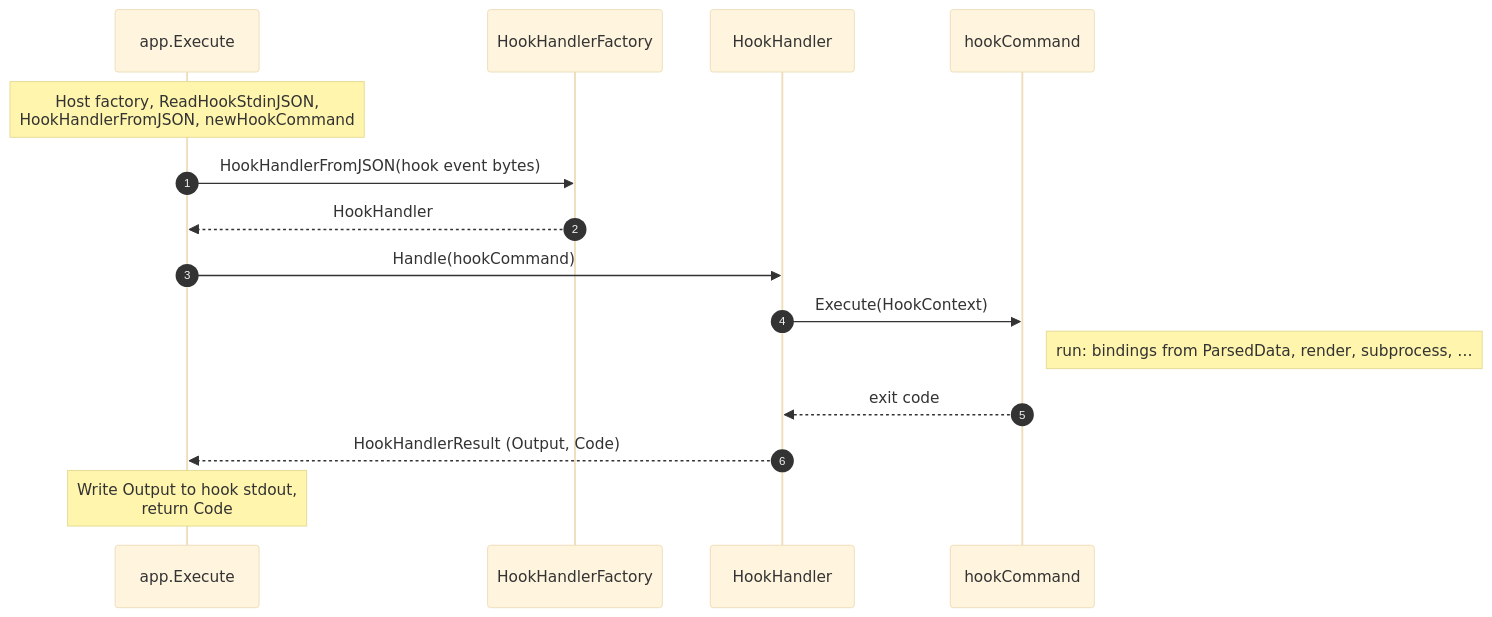
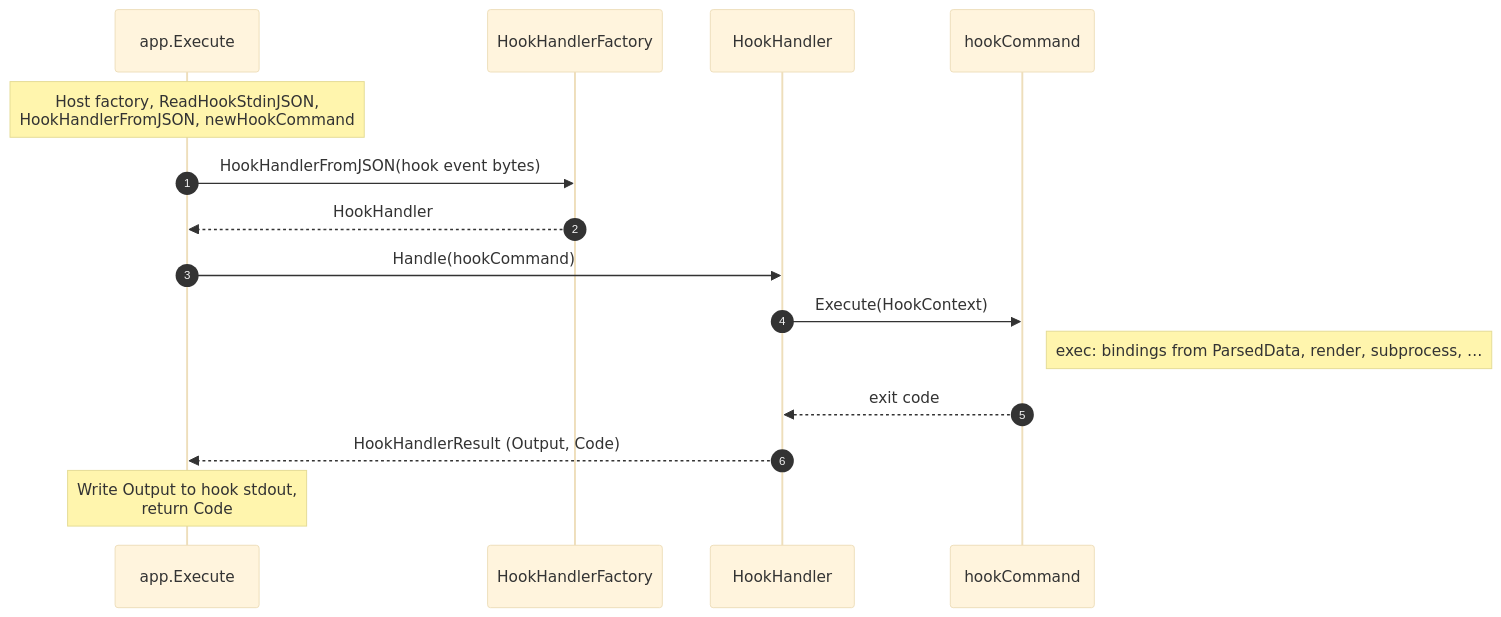
Before and after one commit to sviatsviatsviat/wat: the first of 3 diagrams in README.md, drawn with Mermaid (base theme). The commit also changed other lines of this file and 31 other files, not shown here.

First line of the commit message:
Rename wat subcommand run to exec; move internal/run to execcommand

````diff
--- a/README.md
+++ b/README.md
@@ -208,18 +208,18 @@
 ```mermaid
 sequenceDiagram
   autonumber
   participant A as app.Execute
   participant F as HookHandlerFactory
   participant H as HookHandler
   participant C as hookCommand
 
   Note over A: Host factory, ReadHookStdinJSON,<br/>HookHandlerFromJSON, newHookCommand
   A->>F: HookHandlerFromJSON(hook event bytes)
   F-->>A: HookHandler
   A->>H: Handle(hookCommand)
   H->>C: Execute(HookContext)
-  Note right of C: run: bindings from ParsedData, render, subprocess, …
+  Note right of C: exec: bindings from ParsedData, render, subprocess, …
   C-->>H: exit code
   H-->>A: HookHandlerResult (Output, Code)
   Note over A: Write Output to hook stdout,<br/>return Code
 ```
````
